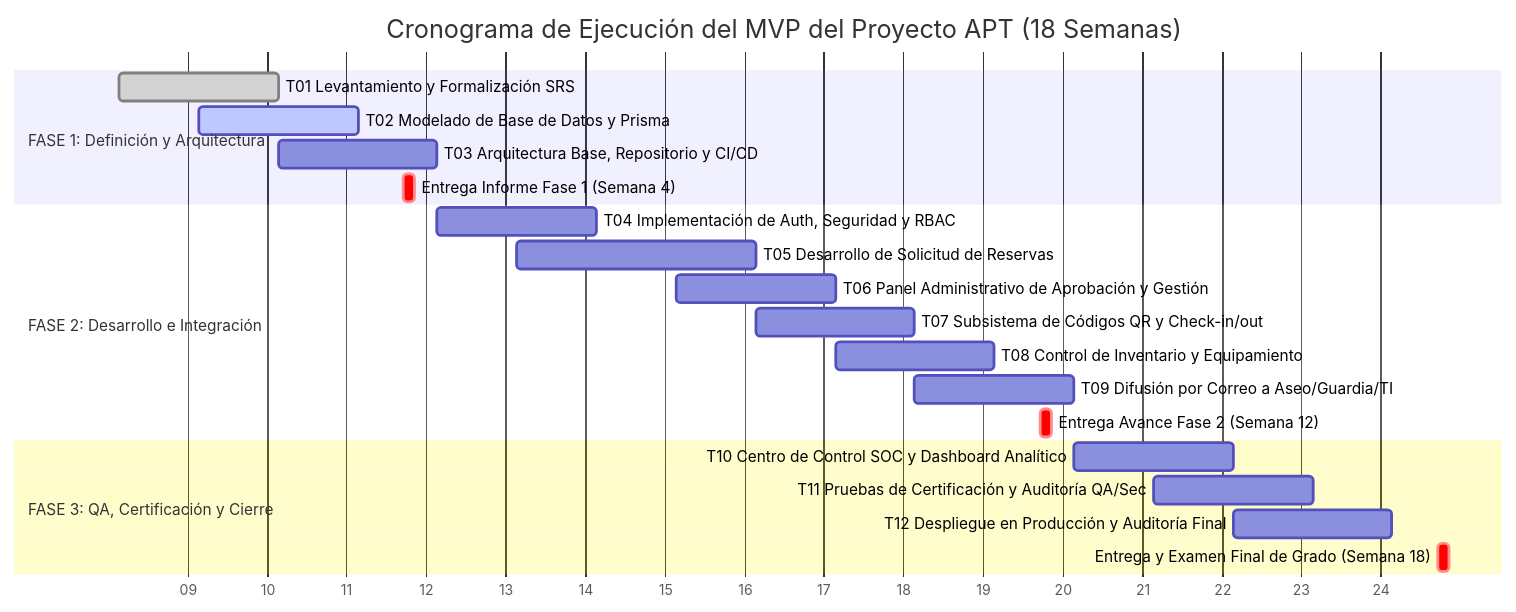
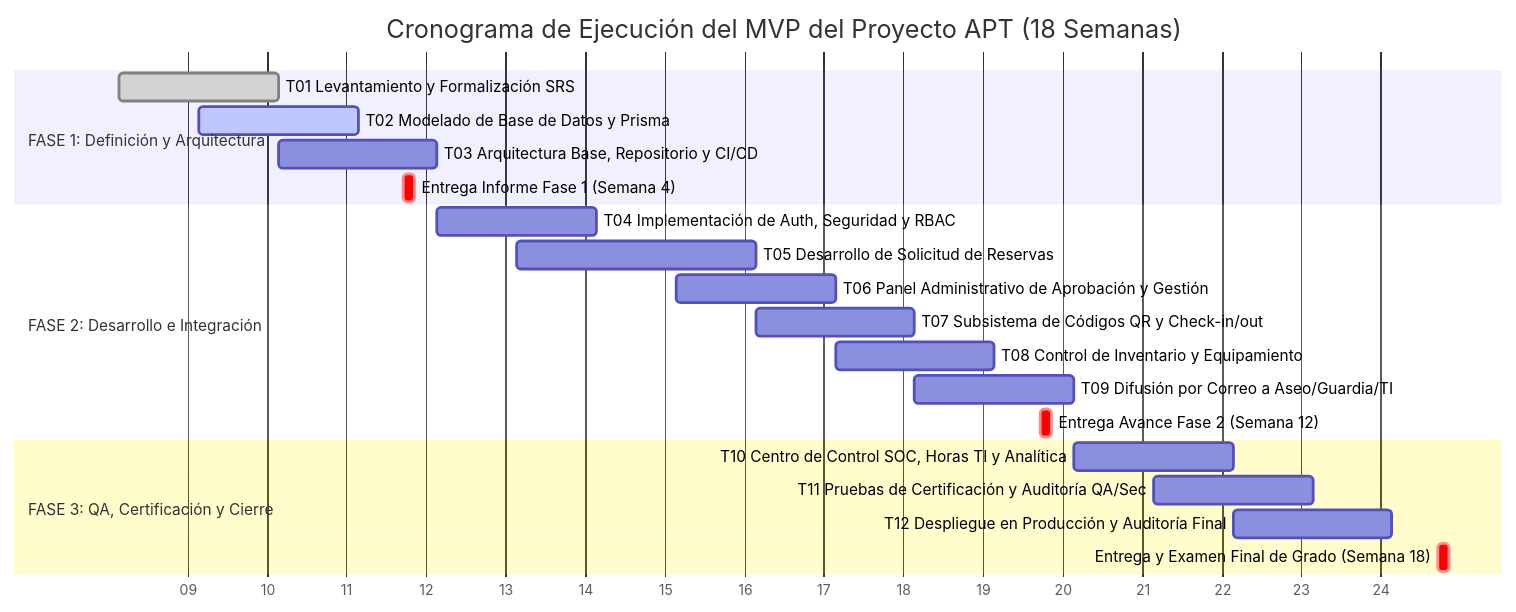
One commit to IMANDOI/sistema-gestion-auditorios-capstone changed the sixth of 12 diagrams in informe_fase_1_definicion_proyecto.md. Above: the diagram before and after it, drawn with Mermaid. The commit also changed other lines of this file, not shown here.

Commit message:
docs(fase1): precision metrica de horas hombre utilizadas de TI (informe_fase_1_definicion_proyecto.md)

````diff
--- a/informe_fase_1_definicion_proyecto.md
+++ b/informe_fase_1_definicion_proyecto.md
@@ -290,27 +290,27 @@
 ```mermaid
 gantt
     title Cronograma de Ejecución del MVP del Proyecto APT (18 Semanas)
     dateFormat  YYYY-MM-DD
     axisFormat %W
     
     section FASE 1: Definición y Arquitectura
     T01 Levantamiento y Formalización SRS             :done,    des1, 2026-03-02, 2026-03-16
     T02 Modelado de Base de Datos y Prisma           :active,  des2, 2026-03-09, 2026-03-23
     T03 Arquitectura Base, Repositorio y CI/CD       :         des3, 2026-03-16, 2026-03-30
     Entrega Informe Fase 1 (Semana 4)                :crit,    h1,   2026-03-27, 1d
 
     section FASE 2: Desarrollo e Integración
     T04 Implementación de Auth, Seguridad y RBAC     :         des4, 2026-03-30, 2026-04-13
     T05 Desarrollo de Solicitud de Reservas          :         des5, 2026-04-06, 2026-04-27
     T06 Panel Administrativo de Aprobación y Gestión :         des6, 2026-04-20, 2026-05-04
     T07 Subsistema de Códigos QR y Check-in/out      :         des7, 2026-04-27, 2026-05-11
     T08 Control de Inventario y Equipamiento         :         des8, 2026-05-04, 2026-05-18
     T09 Difusión por Correo a Aseo/Guardia/TI        :         des9, 2026-05-11, 2026-05-25
     Entrega Avance Fase 2 (Semana 12)                :crit,    h2,   2026-05-22, 1d
 
     section FASE 3: QA, Certificación y Cierre
-    T10 Centro de Control SOC y Dashboard Analítico  :         des10, 2026-05-25, 2026-06-08
+    T10 Centro de Control SOC, Horas TI y Analítica  :         des10, 2026-05-25, 2026-06-08
     T11 Pruebas de Certificación y Auditoría QA/Sec  :         des11, 2026-06-01, 2026-06-15
     T12 Despliegue en Producción y Auditoría Final   :         des12, 2026-06-08, 2026-06-22
     Entrega y Examen Final de Grado (Semana 18)      :crit,    h3,   2026-06-26, 1d
 ```
````
